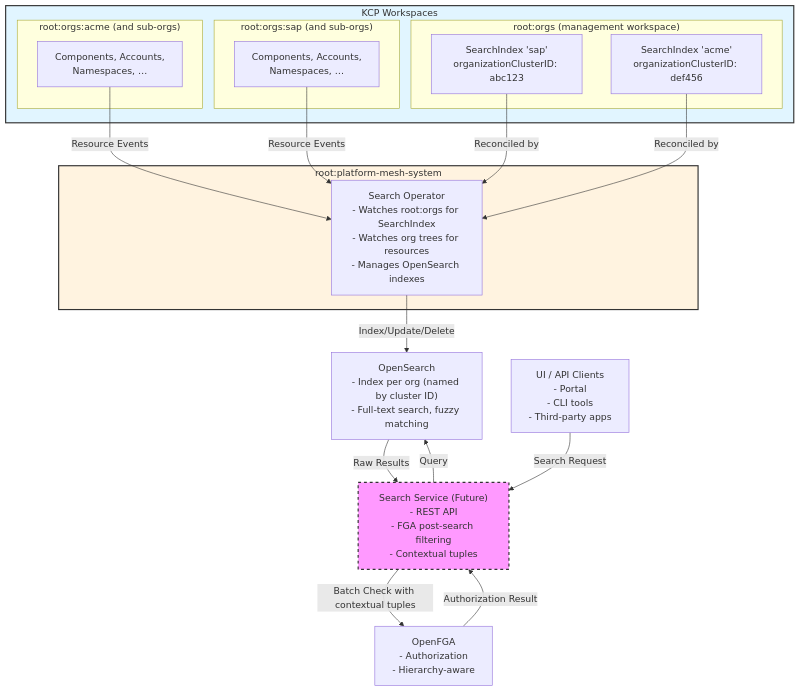
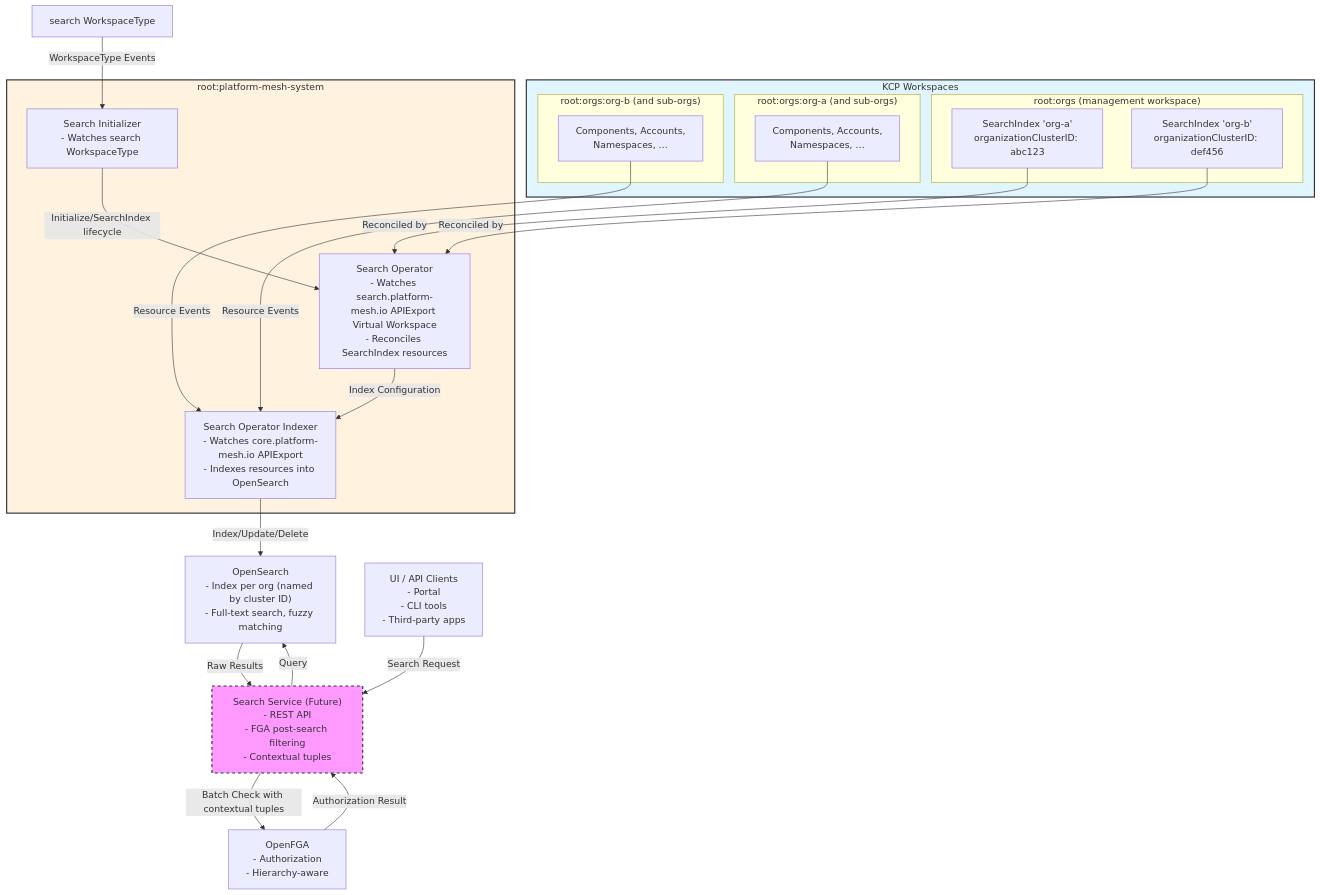
One commit to platform-mesh/architecture changed the diagram in rfc/rfc-001-search-architecture.md. Above: the diagram before and after it, drawn with Mermaid. The commit also changed other lines of this file, not shown here.

````diff
--- a/rfc/rfc-001-search-architecture.md
+++ b/rfc/rfc-001-search-architecture.md
@@ -61,39 +63,46 @@
 ```mermaid
 graph TB
     subgraph KCP["KCP Workspaces"]
         subgraph OrgsWS["root:orgs (management workspace)"]
-            SISap["SearchIndex 'sap'<br/>organizationClusterID: abc123"]
-            SIAcme["SearchIndex 'acme'<br/>organizationClusterID: def456"]
+            SIOrgA["SearchIndex 'org-a'<br/>organizationClusterID: abc123"]
+            SIOrgB["SearchIndex 'org-b'<br/>organizationClusterID: def456"]
         end
-        subgraph OrgSAP["root:orgs:sap (and sub-orgs)"]
-            SAPRes["Components, Accounts,<br/>Namespaces, …"]
+        subgraph OrgA["root:orgs:org-a (and sub-orgs)"]
+            OrgARes["Components, Accounts,<br/>Namespaces, …"]
         end
-        subgraph OrgACME["root:orgs:acme (and sub-orgs)"]
-            ACMERes["Components, Accounts,<br/>Namespaces, …"]
+        subgraph OrgB["root:orgs:org-b (and sub-orgs)"]
+            OrgBRes["Components, Accounts,<br/>Namespaces, …"]
         end
     end
 
+    SearchWS["search WorkspaceType"]
+
     subgraph PMS["root:platform-mesh-system"]
-        SearchOp["Search Operator<br/>- Watches root:orgs for SearchIndex<br/>- Watches org trees for resources<br/>- Manages OpenSearch indexes"]
+        SearchInit["Search Initializer<br/>- Watches search WorkspaceType"]
+        SearchOp["Search Operator<br/>- Watches search.platform-mesh.io APIExport Virtual Workspace<br/>- Reconciles SearchIndex resources"]
+        SearchIndexer["Search Operator Indexer<br/>- Watches core.platform-mesh.io APIExport<br/>- Indexes resources into OpenSearch"]
     end
 
     OpenSearch["OpenSearch<br/>- Index per org (named by cluster ID)<br/>- Full-text search, fuzzy matching"]
     SearchService["Search Service (Future)<br/>- REST API<br/>- FGA post-search filtering<br/>- Contextual tuples"]
     Clients["UI / API Clients<br/>- Portal<br/>- CLI tools<br/>- Third-party apps"]
     FGA["OpenFGA<br/>- Authorization<br/>- Hierarchy-aware"]
 
-    SISap -->|Reconciled by| SearchOp
-    SIAcme -->|Reconciled by| SearchOp
-    SAPRes -->|Resource Events| SearchOp
-    ACMERes -->|Resource Events| SearchOp
-    SearchOp -->|Index/Update/Delete| OpenSearch
+    SearchWS -->|WorkspaceType Events| SearchInit
+    SearchInit -->|Initialize/SearchIndex lifecycle| SearchOp
+    SIOrgA -->|Reconciled by| SearchOp
+    SIOrgB -->|Reconciled by| SearchOp
+    OrgARes -->|Resource Events| SearchIndexer
+    OrgBRes -->|Resource Events| SearchIndexer
+    SearchOp -->|Index Configuration| SearchIndexer
+    SearchIndexer -->|Index/Update/Delete| OpenSearch
     SearchService -->|Query| OpenSearch
     OpenSearch -->|Raw Results| SearchService
     SearchService -->|Batch Check with contextual tuples| FGA
     FGA -->|Authorization Result| SearchService
     Clients -->|Search Request| SearchService
 
     style SearchService fill:#f9f,stroke:#333,stroke-width:2px,stroke-dasharray: 5 5
     style KCP fill:#e1f5ff,stroke:#333,stroke-width:2px
     style PMS fill:#fff3e0,stroke:#333,stroke-width:2px
 ```
````
